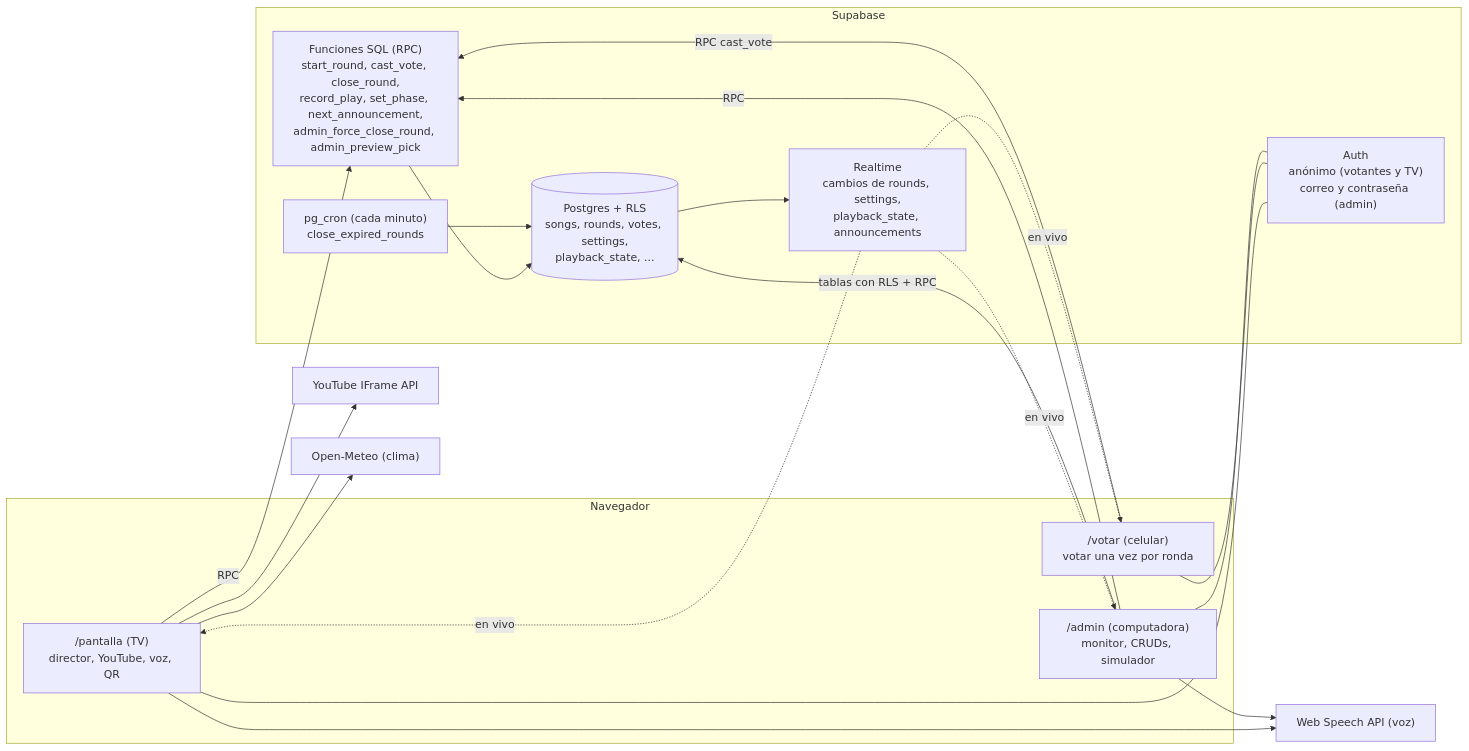
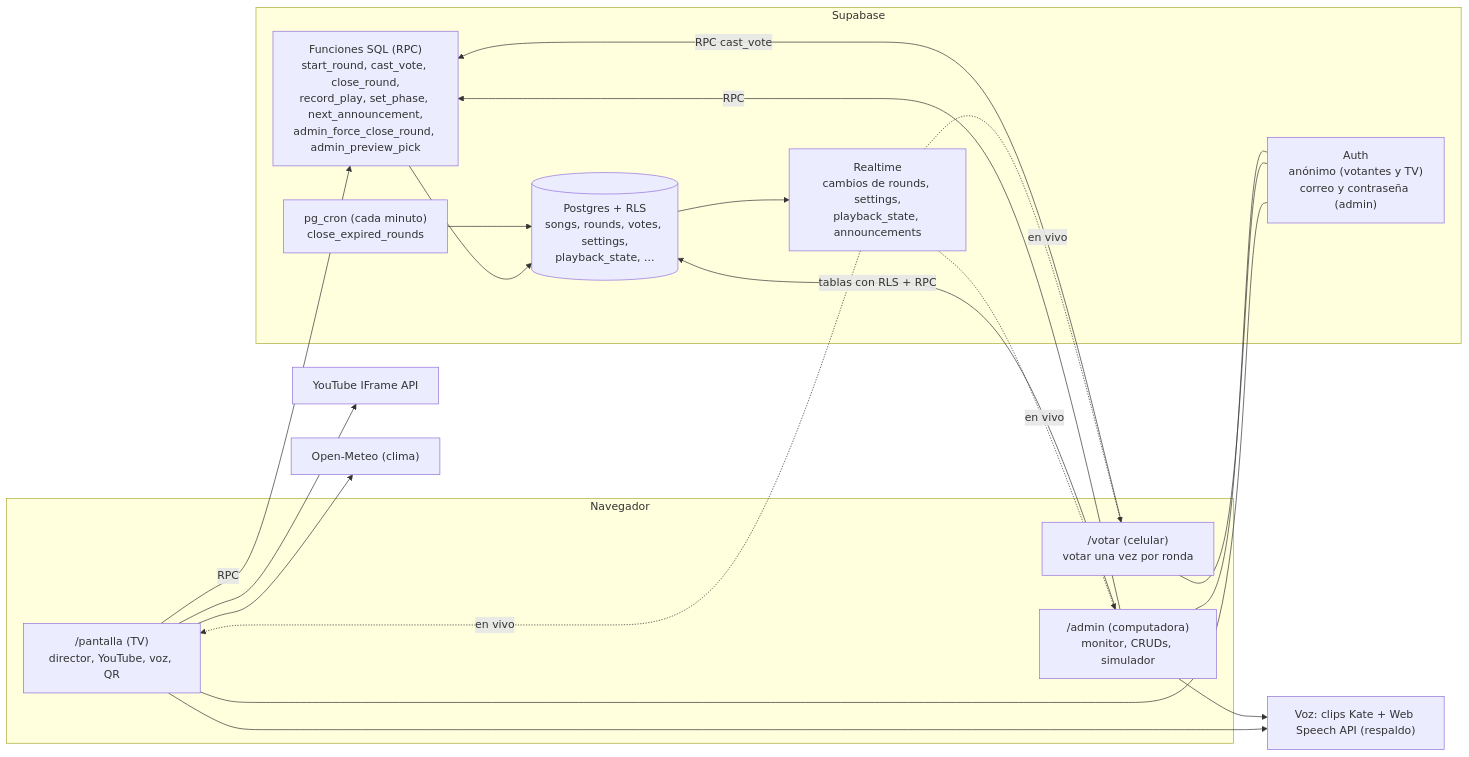
The first of 4 diagrams in docs/arquitectura.md (cesarau90/radio-campus), drawn with Mermaid before and after one commit. The commit also changed other lines of this file and 4 other files, not shown here.

Commit message:
Docs de entrega: voz Kate con respaldo, limitaciones de YouTube y licencias, ESTADO al dia

````diff
--- a/docs/arquitectura.md
+++ b/docs/arquitectura.md
@@ -7,38 +7,38 @@
 ```mermaid
 flowchart LR
   subgraph Navegador
     P["/pantalla (TV)<br/>director, YouTube, voz, QR"]
     V["/votar (celular)<br/>votar una vez por ronda"]
     A["/admin (computadora)<br/>monitor, CRUDs, simulador"]
   end
 
   subgraph Supabase
     AUTH["Auth<br/>anónimo (votantes y TV)<br/>correo y contraseña (admin)"]
     RPC["Funciones SQL (RPC)<br/>start_round, cast_vote, close_round,<br/>record_play, set_phase, next_announcement,<br/>admin_force_close_round, admin_preview_pick"]
     DB[("Postgres + RLS<br/>songs, rounds, votes, settings,<br/>playback_state, ...")]
     RT["Realtime<br/>cambios de rounds, settings,<br/>playback_state, announcements"]
     CRON["pg_cron (cada minuto)<br/>close_expired_rounds"]
   end
 
   YT["YouTube IFrame API"]
   OM["Open-Meteo (clima)"]
-  WS["Web Speech API (voz)"]
+  WS["Voz: clips Kate + Web Speech API (respaldo)"]
 
   P -- "RPC" --> RPC
   V -- "RPC cast_vote" --> RPC
   A -- "tablas con RLS + RPC" --> DB
   A -- "RPC" --> RPC
   RPC --> DB
   CRON --> DB
   DB --> RT
   RT -. "en vivo" .-> P
   RT -. "en vivo" .-> V
   RT -. "en vivo" .-> A
   P --> YT
   P --> OM
   P --> WS
   A --> WS
   P --- AUTH
   V --- AUTH
   A --- AUTH
 ```
````
